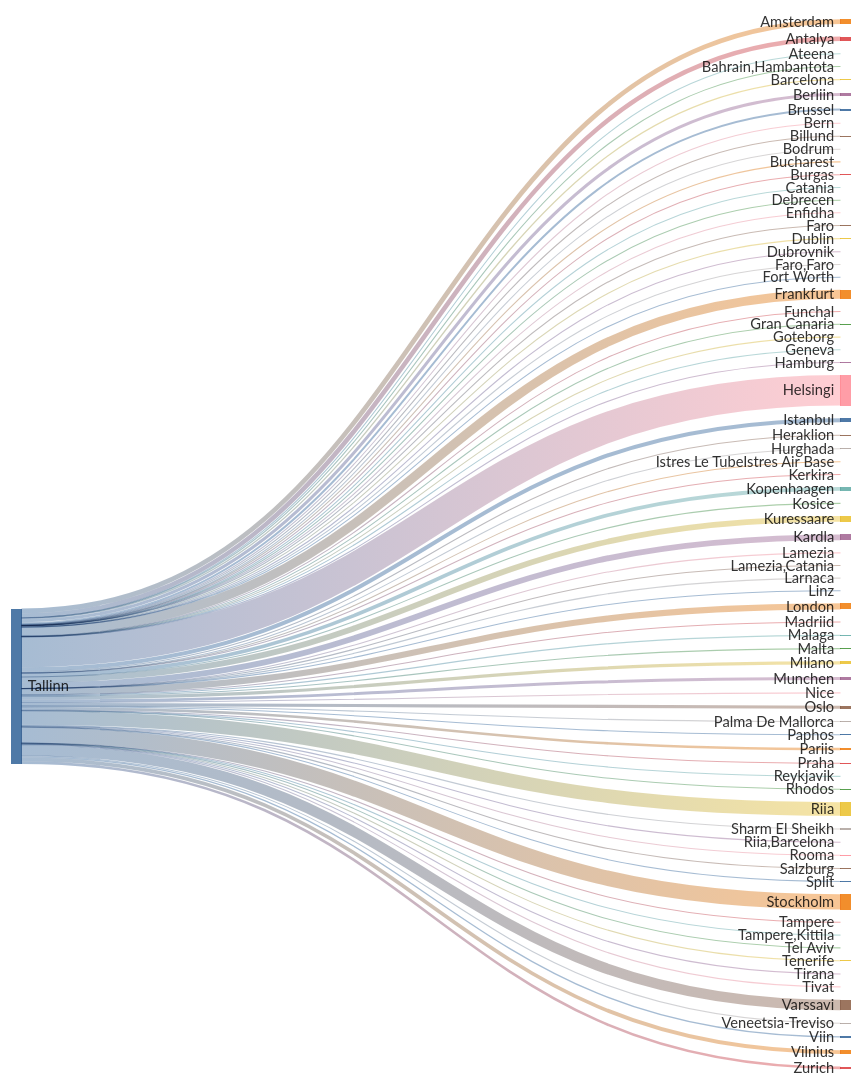
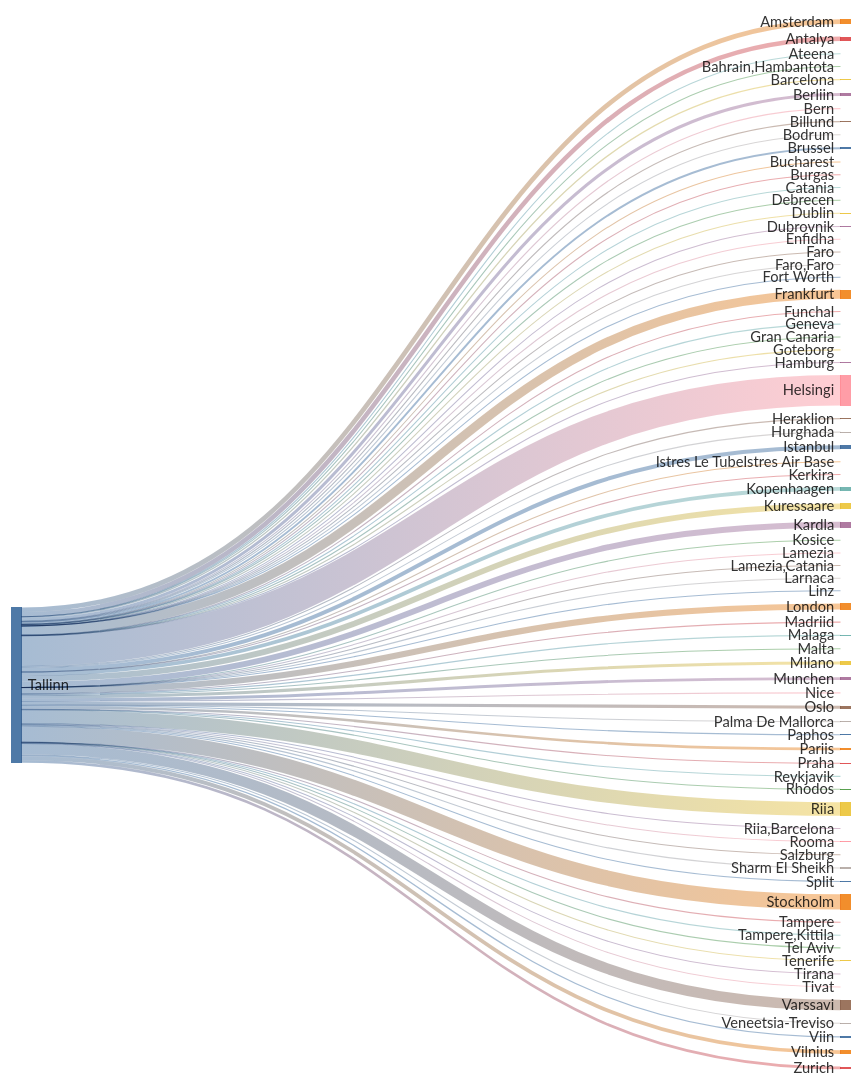
Before and after one commit to rainermesi/tll-airport-departures: the second of 2 diagrams in README.md, drawn with Mermaid. The commit also changed other lines of this file and 1 other file, not shown here.

````diff
--- a/README.md
+++ b/README.md
@@ -41,16 +41,16 @@
 ---
 sankey-beta
 %% source,target,value
-Tallinn,Amsterdam,387
-Tallinn,Antalya,371
+Tallinn,Amsterdam,389
+Tallinn,Antalya,372
 Tallinn,Ateena,16
 Tallinn,"Bahrain,Hambantota",1
-Tallinn,Barcelona,107
+Tallinn,Barcelona,109
 Tallinn,Berliin,252
 Tallinn,Bern,1
-Tallinn,Billund,63
+Tallinn,Billund,64
 Tallinn,Bodrum,11
-Tallinn,Brussel,160
+Tallinn,Brussel,161
 Tallinn,Bucharest,1
 Tallinn,Burgas,38
 Tallinn,Catania,2
@@ -61,29 +61,29 @@
 Tallinn,Faro,4
 Tallinn,"Faro,Faro",1
 Tallinn,Fort Worth,1
-Tallinn,Frankfurt,739
+Tallinn,Frankfurt,742
 Tallinn,Funchal,5
 Tallinn,Geneva,13
 Tallinn,Gran Canaria,38
 Tallinn,Goteborg,1
 Tallinn,Hamburg,2
-Tallinn,Helsingi,2499
-Tallinn,Heraklion,72
+Tallinn,Helsingi,2510
+Tallinn,Heraklion,73
 Tallinn,Hurghada,75
-Tallinn,Istanbul,331
+Tallinn,Istanbul,332
 Tallinn,Istres Le TubeIstres Air Base,2
 Tallinn,Kerkira,4
-Tallinn,Kopenhaagen,306
+Tallinn,Kopenhaagen,307
 Tallinn,Kosice,1
-Tallinn,Kuressaare,479
-Tallinn,Kardla,479
+Tallinn,Kuressaare,481
+Tallinn,Kardla,481
 Tallinn,Lamezia,1
 Tallinn,"Lamezia,Catania",3
 Tallinn,Larnaca,4
 Tallinn,Linz,2
-Tallinn,London,502
+Tallinn,London,504
 Tallinn,Madriid,1
-Tallinn,Malaga,98
+Tallinn,Malaga,99
 Tallinn,Malta,22
 Tallinn,Milano,258
 Tallinn,Munchen,240
@@ -95,24 +95,24 @@
 Tallinn,Praha,66
 Tallinn,Reykjavik,6
 Tallinn,Rhodos,46
-Tallinn,Riia,1124
+Tallinn,Riia,1129
 Tallinn,"Riia,Barcelona",1
 Tallinn,Rooma,80
 Tallinn,Salzburg,14
 Tallinn,Sharm El Sheikh,97
 Tallinn,Split,39
-Tallinn,Stockholm,1260
+Tallinn,Stockholm,1264
 Tallinn,Tampere,17
 Tallinn,"Tampere,Kittila",21
 Tallinn,Tel Aviv,1
 Tallinn,Tenerife,58
 Tallinn,Tirana,19
 Tallinn,Tivat,46
-Tallinn,Varssavi,864
+Tallinn,Varssavi,867
 Tallinn,Veneetsia-Treviso,67
 Tallinn,Viin,106
-Tallinn,Vilnius,309
-Tallinn,Zurich,215
+Tallinn,Vilnius,310
+Tallinn,Zurich,216
 
 
 ```
````
